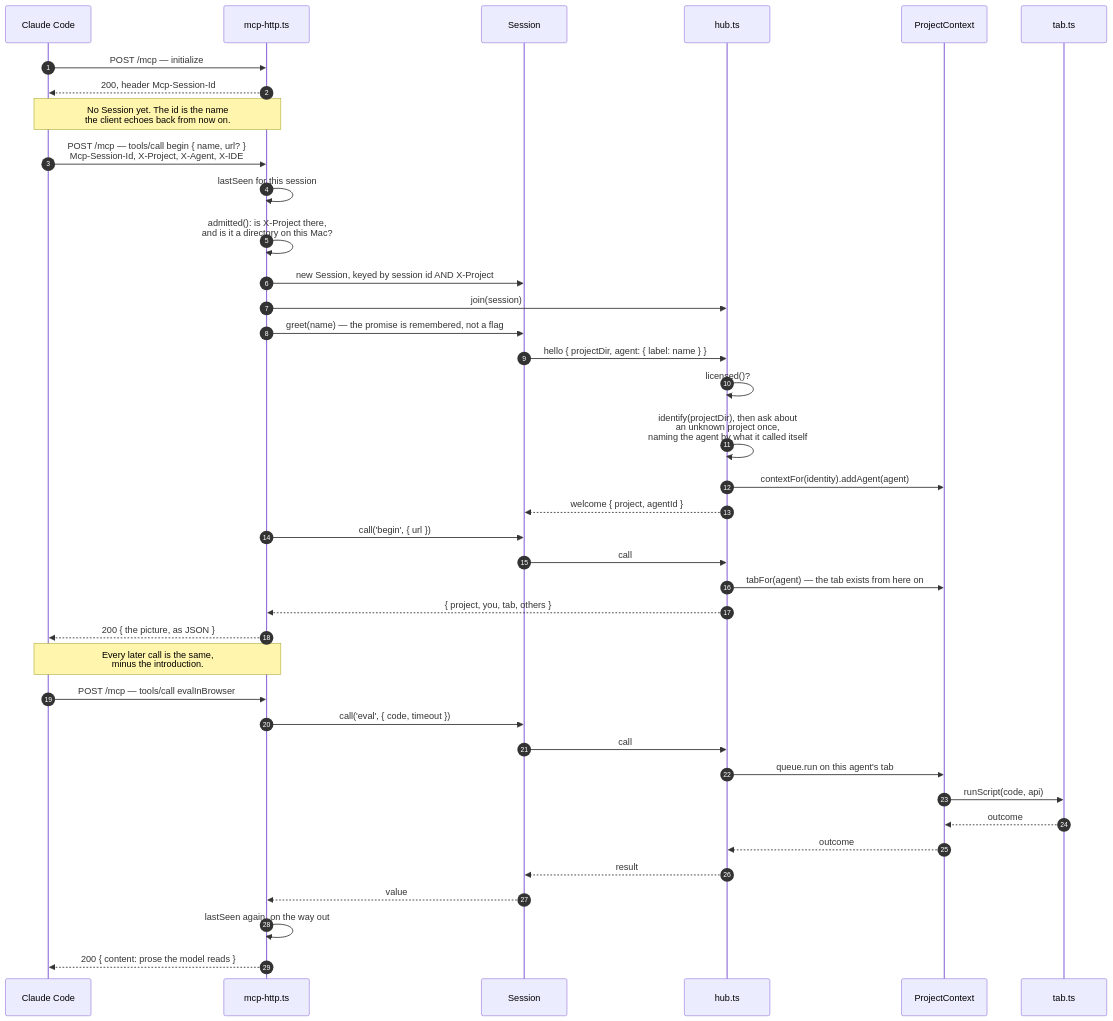
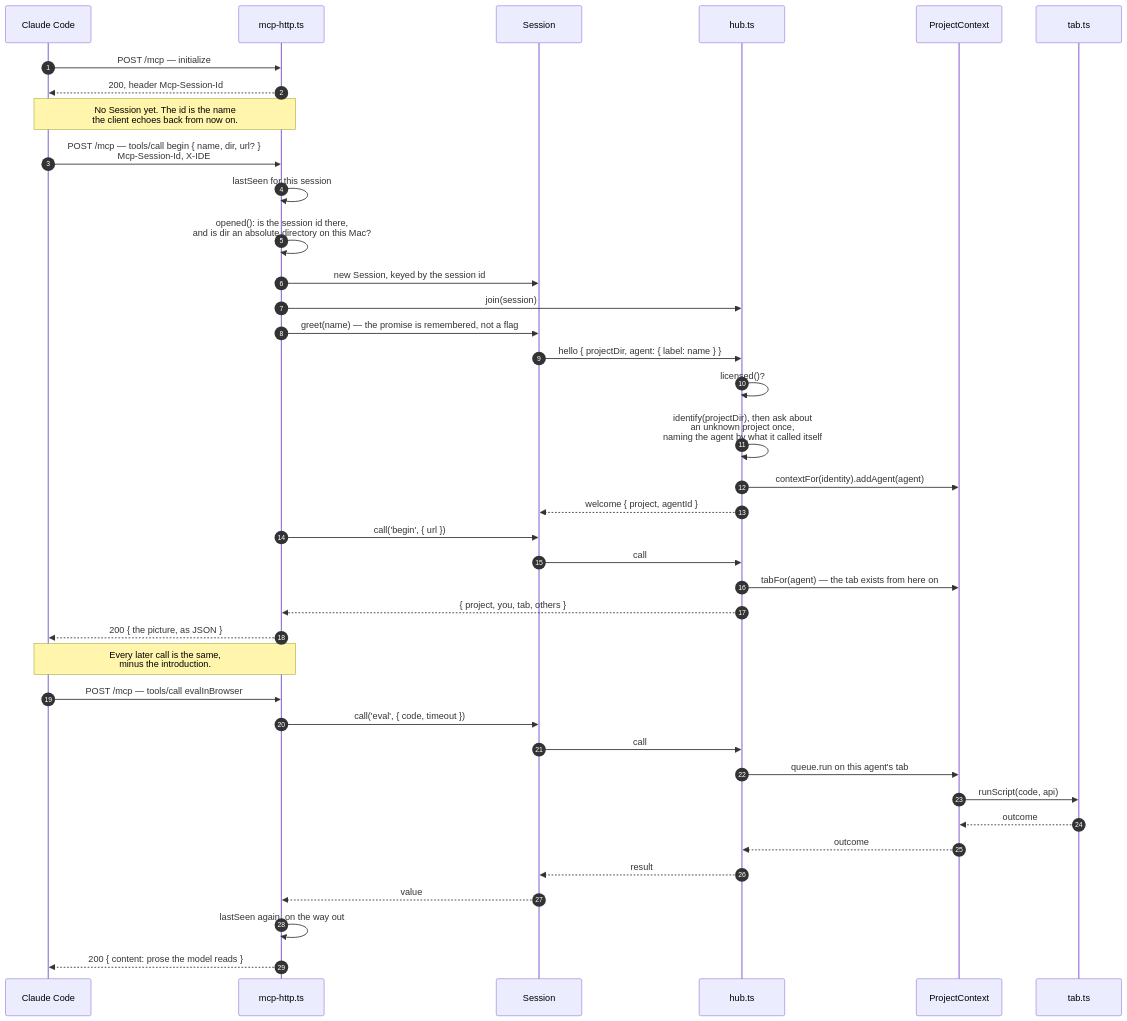
One commit to korchasa/naoba-agent-browser changed the first of 4 diagrams in documents/how-a-session-works.md. Above: the diagram before and after it, drawn with Mermaid. The commit also changed other lines of this file and 7 other files, not shown here.

First line of the commit message:
feat: the project is an argument of begin, not a header

````diff
--- a/documents/how-a-session-works.md
+++ b/documents/how-a-session-works.md
@@ -15,45 +15,45 @@
 ```mermaid
 sequenceDiagram
     autonumber
     participant IDE as Claude Code
     participant HTTP as mcp-http.ts
     participant S as Session
     participant Hub as hub.ts
     participant Ctx as ProjectContext
     participant Tab as tab.ts
 
     IDE->>HTTP: POST /mcp — initialize
     HTTP-->>IDE: 200, header Mcp-Session-Id
     Note over IDE,HTTP: No Session yet. The id is the name<br/>the client echoes back from now on.
 
-    IDE->>HTTP: POST /mcp — tools/call begin { name, url? }<br/>Mcp-Session-Id, X-Project, X-Agent, X-IDE
+    IDE->>HTTP: POST /mcp — tools/call begin { name, dir, url? }<br/>Mcp-Session-Id, X-IDE
     HTTP->>HTTP: lastSeen for this session
-    HTTP->>HTTP: admitted(): is X-Project there,<br/>and is it a directory on this Mac?
-    HTTP->>S: new Session, keyed by session id AND X-Project
+    HTTP->>HTTP: opened(): is the session id there,<br/>and is dir an absolute directory on this Mac?
+    HTTP->>S: new Session, keyed by the session id
     HTTP->>Hub: join(session)
     HTTP->>S: greet(name) — the promise is remembered, not a flag
     S->>Hub: hello { projectDir, agent: { label: name } }
     Hub->>Hub: licensed()?
     Hub->>Hub: identify(projectDir), then ask about<br/>an unknown project once,<br/>naming the agent by what it called itself
     Hub->>Ctx: contextFor(identity).addAgent(agent)
     Hub-->>S: welcome { project, agentId }
     HTTP->>S: call('begin', { url })
     S->>Hub: call
     Hub->>Ctx: tabFor(agent) — the tab exists from here on
     Hub-->>HTTP: { project, you, tab, others }
     HTTP-->>IDE: 200 { the picture, as JSON }
 
     Note over IDE,HTTP: Every later call is the same,<br/>minus the introduction.
 
     IDE->>HTTP: POST /mcp — tools/call evalInBrowser
     HTTP->>S: call('eval', { code, timeout })
     S->>Hub: call
     Hub->>Ctx: queue.run on this agent's tab
     Ctx->>Tab: runScript(code, api)
     Tab-->>Ctx: outcome
     Ctx-->>Hub: outcome
     Hub-->>S: result
     S-->>HTTP: value
     HTTP->>HTTP: lastSeen again, on the way out
     HTTP-->>IDE: 200 { content: prose the model reads }
 ```
````
